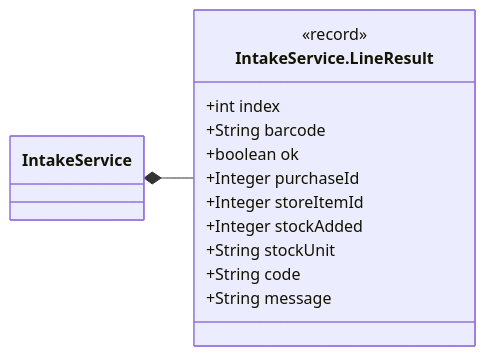
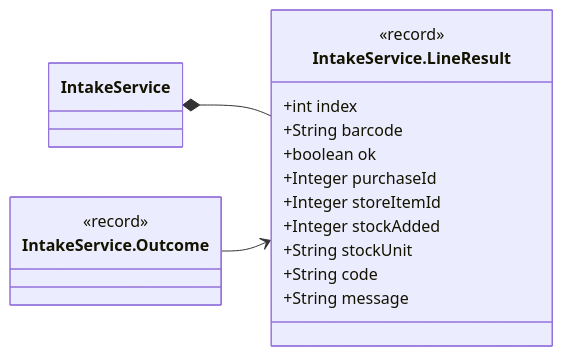
One commit to Nate-ryan-7690/dahaem changed diagram 14 of 21 in docs/classes/barcode.md. Above: the diagram before and after it, drawn with Mermaid. The commit also changed other lines of this file and 2 other files, not shown here.

````diff
--- a/docs/classes/barcode.md
+++ b/docs/classes/barcode.md
@@ -434,18 +582,22 @@
 ```mermaid
 classDiagram
     direction LR
     class barcode_IntakeService_LineResult["IntakeService.LineResult"] {
         <<record>>
         +int index
         +String barcode
         +boolean ok
         +Integer purchaseId
         +Integer storeItemId
         +Integer stockAdded
         +String stockUnit
         +String code
         +String message
     }
     class barcode_IntakeService["IntakeService"]
+    class barcode_IntakeService_Outcome["IntakeService.Outcome"] {
+        <<record>>
+    }
     barcode_IntakeService *-- barcode_IntakeService_LineResult
+    barcode_IntakeService_Outcome --> barcode_IntakeService_LineResult
 ```
````
